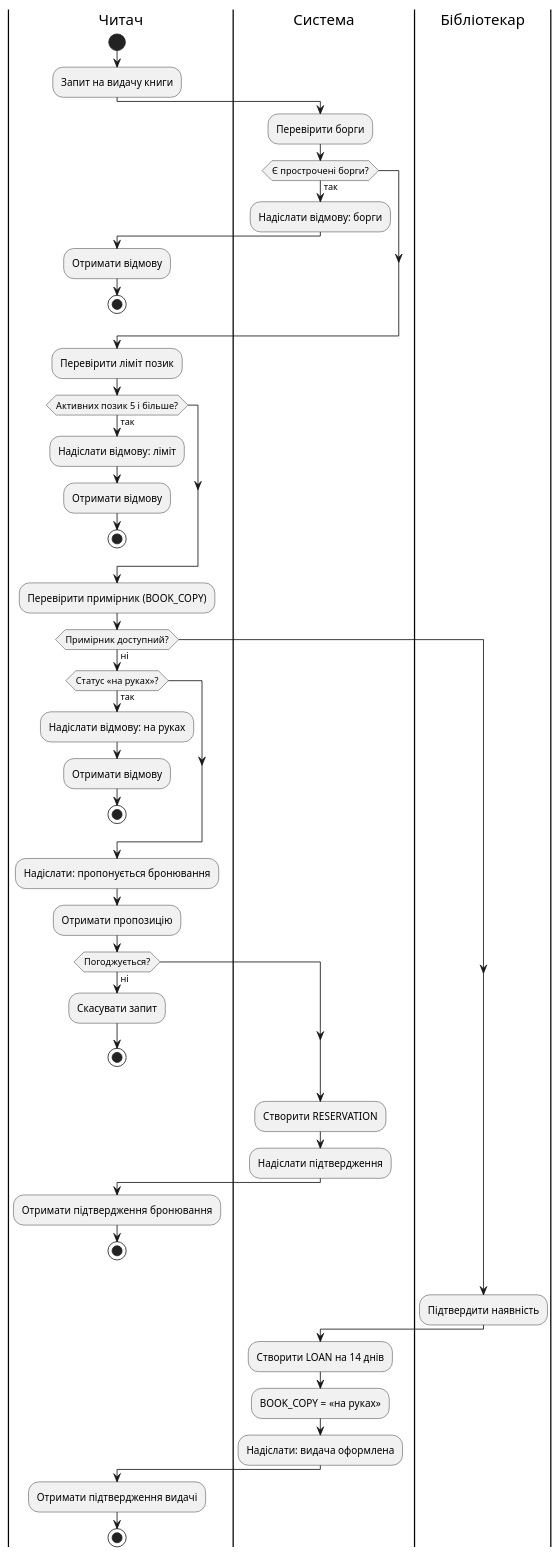
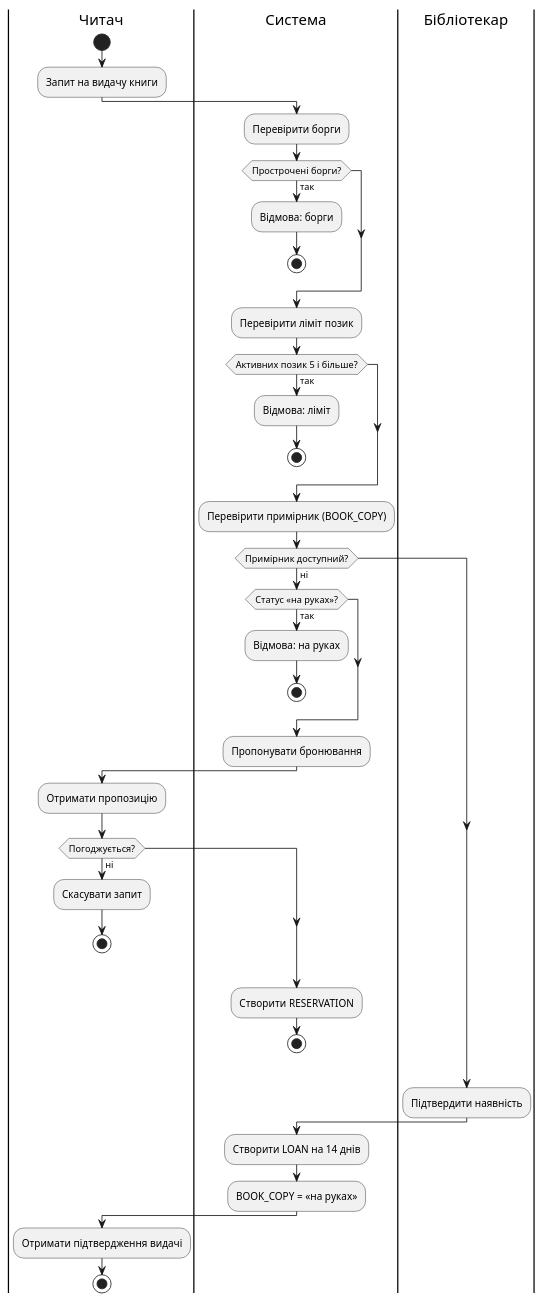
Before and after one commit to veronikapaschenkor29-png/Library-Modeling-and-Analysis-of-Software-Requirements: the diagram in task-4/activity.puml, drawn with PlantUML. The commit also changed 1 other file, not shown here.

Commit message:
docs(task-4): simplified activity diagram, fewer lane crossings

```diff
--- a/task-4/activity.puml
+++ b/task-4/activity.puml
@@ -1,51 +1,41 @@
 @startuml activity-borrow
 |Читач|
 start
 :Запит на видачу книги;
 |Система|
 :Перевірити борги;
-if (Є прострочені борги?) then (так)
-  :Надіслати відмову: борги;
-  |Читач|
-  :Отримати відмову;
+if (Прострочені борги?) then (так)
+  :Відмова: борги;
   stop
 endif
 :Перевірити ліміт позик;
 if (Активних позик 5 і більше?) then (так)
-  :Надіслати відмову: ліміт;
-  |Читач|
-  :Отримати відмову;
+  :Відмова: ліміт;
   stop
 endif
 :Перевірити примірник (BOOK_COPY);
 if (Примірник доступний?) then (ні)
   if (Статус «на руках»?) then (так)
-    :Надіслати відмову: на руках;
-    |Читач|
-    :Отримати відмову;
+    :Відмова: на руках;
     stop
   endif
-  :Надіслати: пропонується бронювання;
+  :Пропонувати бронювання;
   |Читач|
   :Отримати пропозицію;
   if (Погоджується?) then (ні)
     :Скасувати запит;
     stop
   endif
   |Система|
   :Створити RESERVATION;
-  :Надіслати підтвердження;
-  |Читач|
-  :Отримати підтвердження бронювання;
   stop
 endif
 |Бібліотекар|
 :Підтвердити наявність;
 |Система|
 :Створити LOAN на 14 днів;
 :BOOK_COPY = «на руках»;
-:Надіслати: видача оформлена;
 |Читач|
 :Отримати підтвердження видачі;
 stop
 @enduml
```
